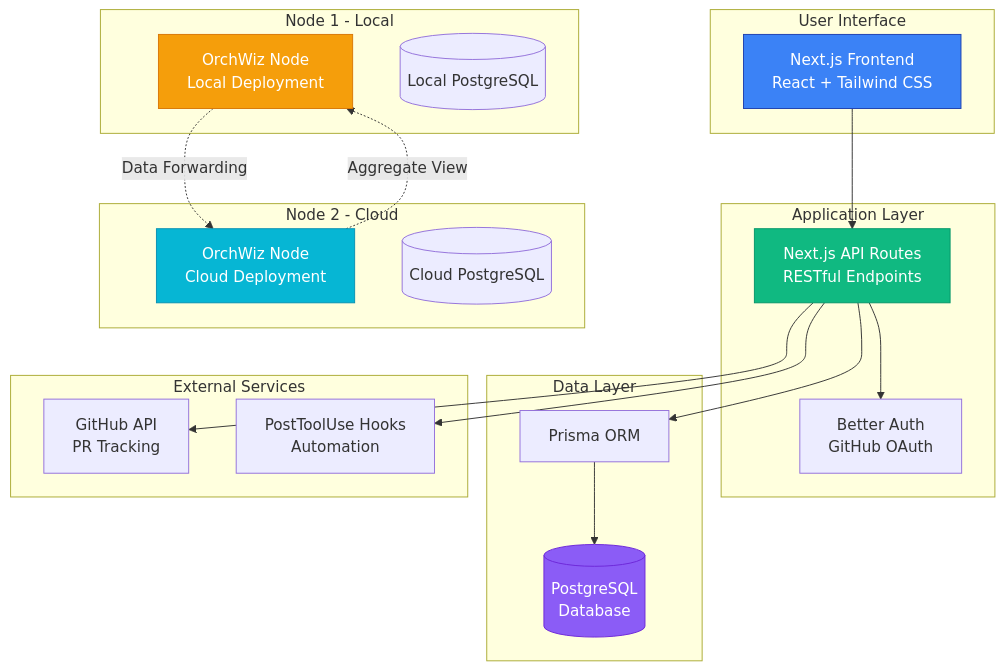
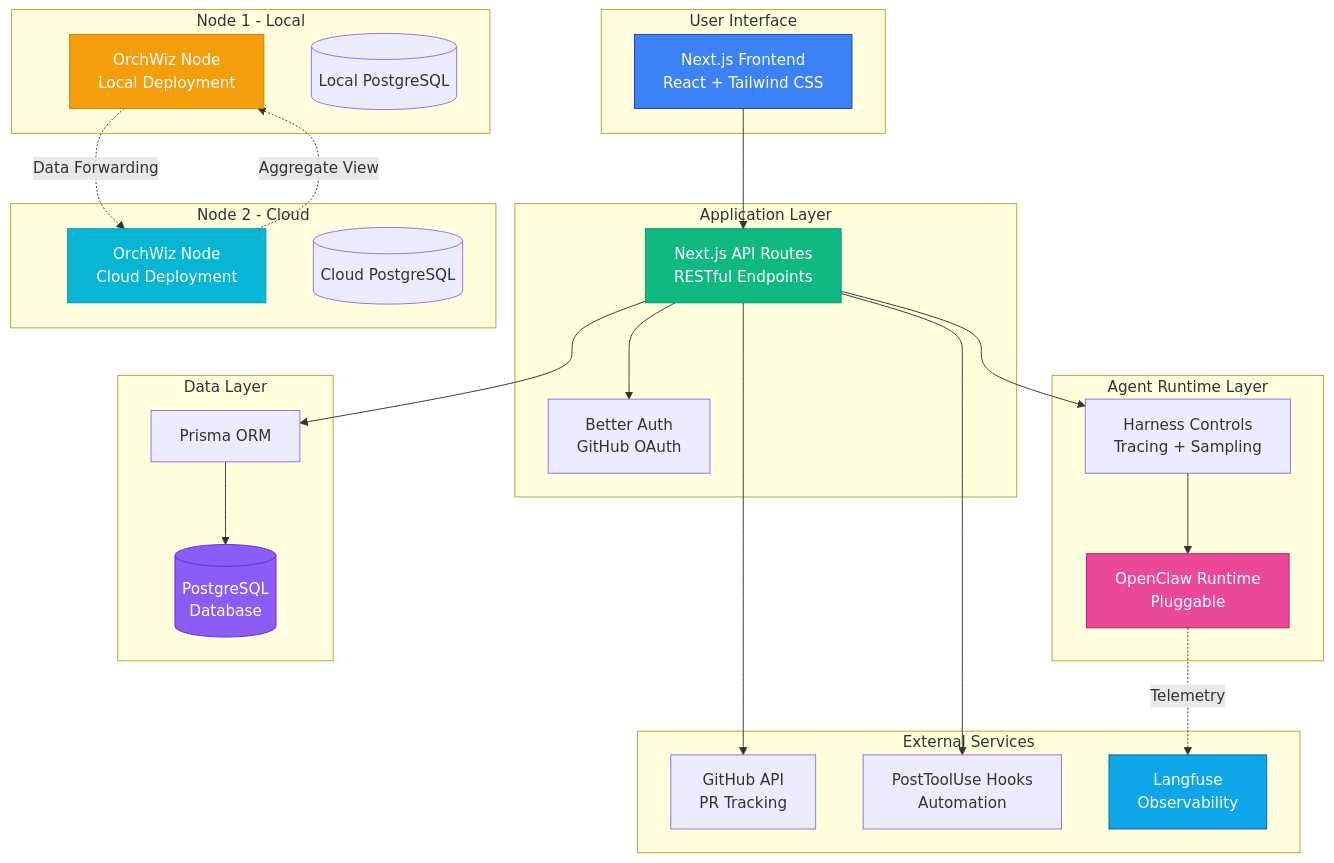
Before and after one commit to QSchlegel/OrchWiz: the first of 3 diagrams in README.md, drawn with Mermaid. The commit also changed other lines of this file and 29 other files, not shown here.

````diff
--- a/README.md
+++ b/README.md
@@ -43,48 +45,59 @@
 ```mermaid
 graph TB
     subgraph "User Interface"
         UI[Next.js Frontend<br/>React + Tailwind CSS]
     end
     
     subgraph "Application Layer"
         API[Next.js API Routes<br/>RESTful Endpoints]
         AUTH[Better Auth<br/>GitHub OAuth]
+    end
+
+    subgraph "Agent Runtime Layer"
+        HARNESS[Harness Controls<br/>Tracing + Sampling]
+        OC[OpenClaw Runtime<br/>Pluggable]
     end
     
     subgraph "Data Layer"
         PRISMA[Prisma ORM]
         DB[(PostgreSQL<br/>Database)]
     end
     
     subgraph "Node 1 - Local"
         N1[OrchWiz Node<br/>Local Deployment]
         N1DB[(Local PostgreSQL)]
     end
     
     subgraph "Node 2 - Cloud"
         N2[OrchWiz Node<br/>Cloud Deployment]
         N2DB[(Cloud PostgreSQL)]
     end
     
     subgraph "External Services"
         GITHUB[GitHub API<br/>PR Tracking]
         HOOKS[PostToolUse Hooks<br/>Automation]
+        LANGFUSE[Langfuse<br/>Observability]
     end
     
     UI --> API
     API --> AUTH
+    API --> HARNESS
+    HARNESS --> OC
     API --> PRISMA
     PRISMA --> DB
     
     N1 -.->|Data Forwarding| N2
     N2 -.->|Aggregate View| N1
     
     API --> GITHUB
     API --> HOOKS
+    OC -.->|Telemetry| LANGFUSE
     
     style UI fill:#3b82f6,stroke:#1e40af,color:#fff
     style API fill:#10b981,stroke:#059669,color:#fff
     style DB fill:#8b5cf6,stroke:#6d28d9,color:#fff
     style N1 fill:#f59e0b,stroke:#d97706,color:#fff
     style N2 fill:#06b6d4,stroke:#0891b2,color:#fff
+    style OC fill:#ec4899,stroke:#be185d,color:#fff
+    style LANGFUSE fill:#0ea5e9,stroke:#0369a1,color:#fff
 ```
````
